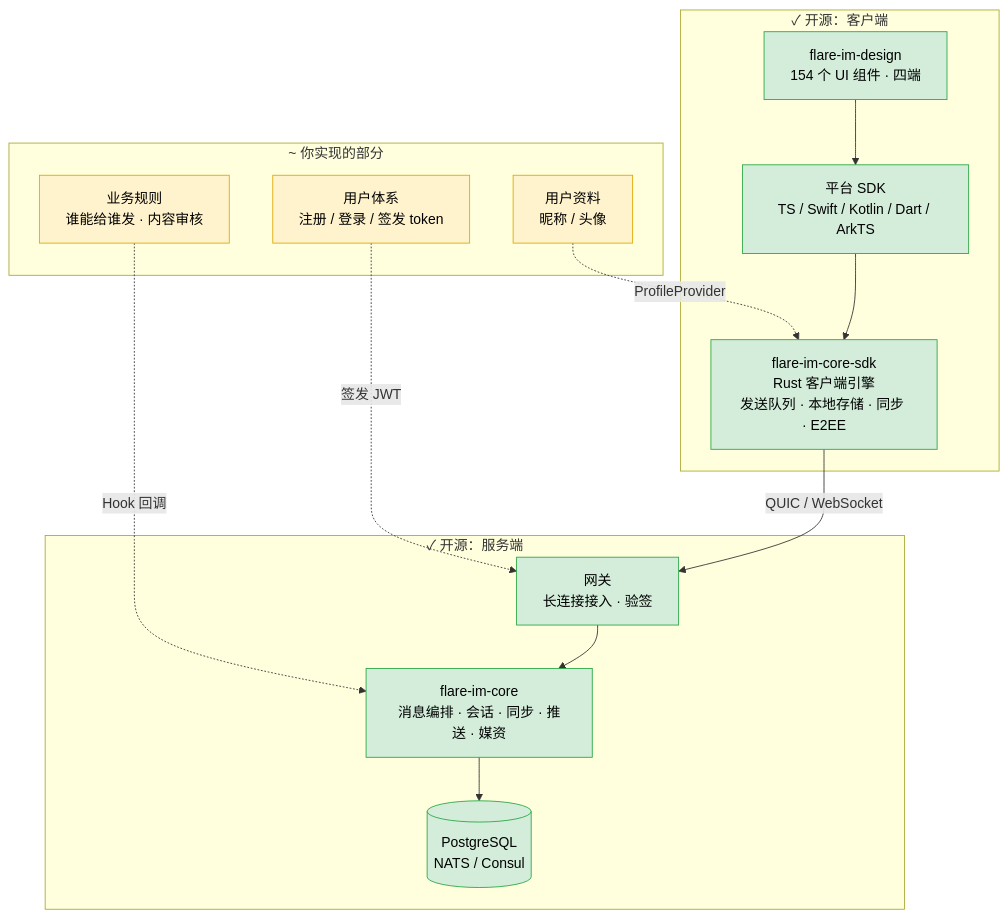
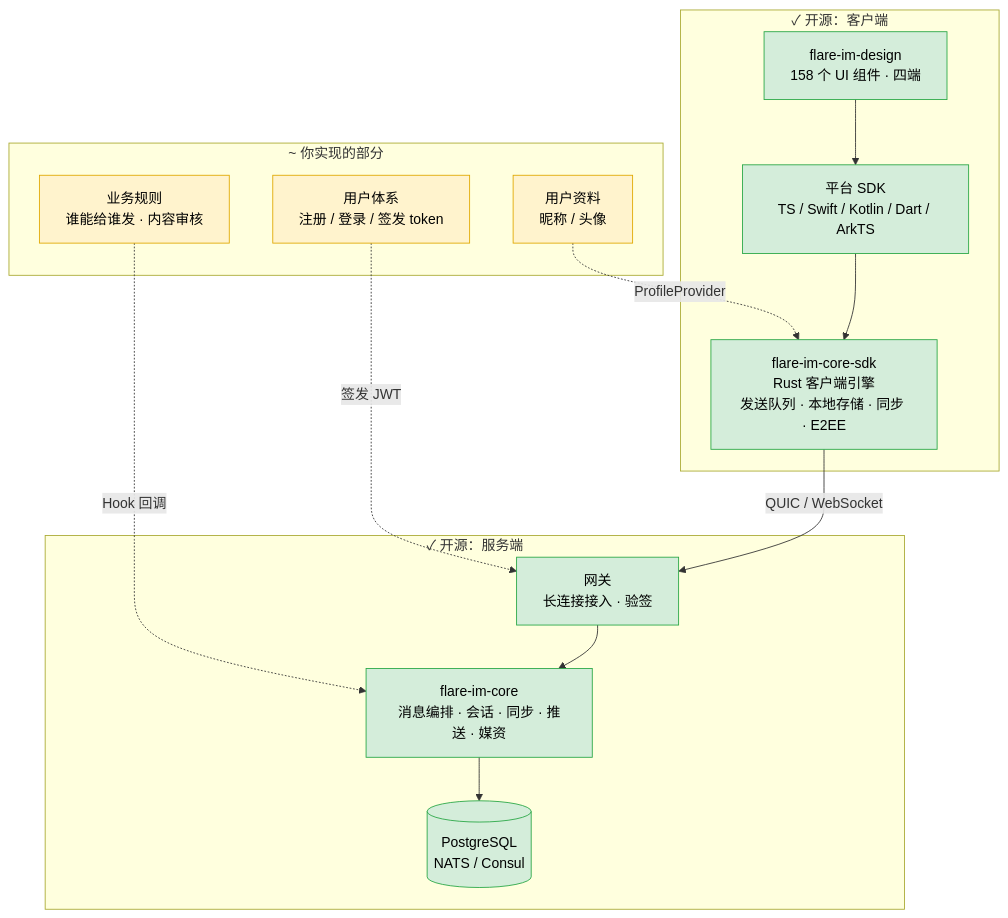
One commit to flare-im/flare-im-core-server changed the first of 3 diagrams in README.zh-CN.md. Above: the diagram before and after it, drawn with Mermaid. The commit also changed other lines of this file and 1 other file, not shown here.

Commit message:
README 的 UI 组件数更新为 158，与 flare-im-design 一致
README 数字门禁在本地报红：README 写 154，同级 flare-im-design dev 的
spec/components.json 现为 158 个组件。

````diff
--- a/README.zh-CN.md
+++ b/README.zh-CN.md
@@ -67,32 +67,32 @@
 ```mermaid
 flowchart TB
     subgraph yours["~ 你实现的部分"]
         auth["用户体系<br/>注册 / 登录 / 签发 token"]
         rules["业务规则<br/>谁能给谁发 · 内容审核"]
         profile["用户资料<br/>昵称 / 头像"]
     end
 
     subgraph client["✓ 开源：客户端"]
-        ui["flare-im-design<br/>154 个 UI 组件 · 四端"]
+        ui["flare-im-design<br/>158 个 UI 组件 · 四端"]
         sdk["平台 SDK<br/>TS / Swift / Kotlin / Dart / ArkTS"]
         engine["flare-im-core-sdk<br/>Rust 客户端引擎<br/>发送队列 · 本地存储 · 同步 · E2EE"]
     end
 
     subgraph server["✓ 开源：服务端"]
         gw["网关<br/>长连接接入 · 验签"]
         core["flare-im-core<br/>消息编排 · 会话 · 同步 · 推送 · 媒资"]
         store[("PostgreSQL<br/>NATS / Consul")]
     end
 
     auth -. "签发 JWT" .-> gw
     rules -. "Hook 回调" .-> core
     profile -. "ProfileProvider" .-> engine
 
     ui --> sdk --> engine
     engine -- "QUIC / WebSocket" --> gw --> core --> store
 
     classDef mine fill:#FFF3CD,stroke:#E0A800,color:#000
     classDef oss fill:#D4EDDA,stroke:#28A745,color:#000
     class auth,rules,profile mine
     class ui,sdk,engine,gw,core,store oss
 ```
````
